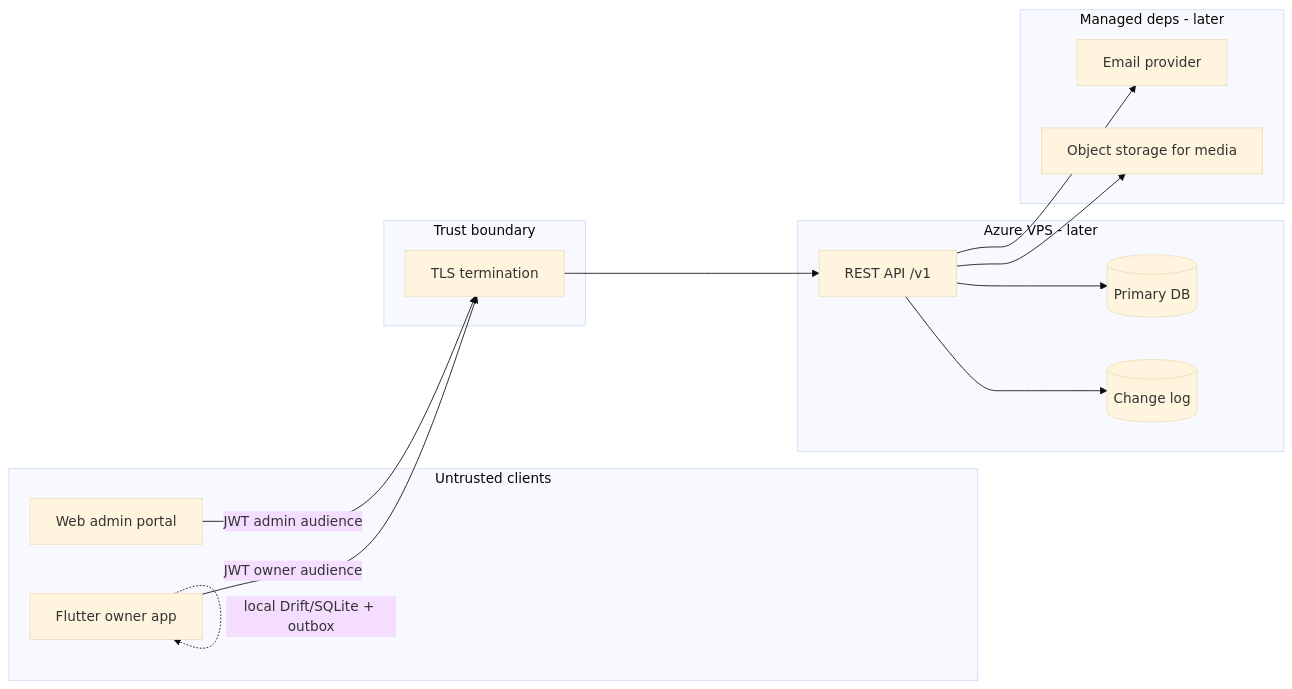
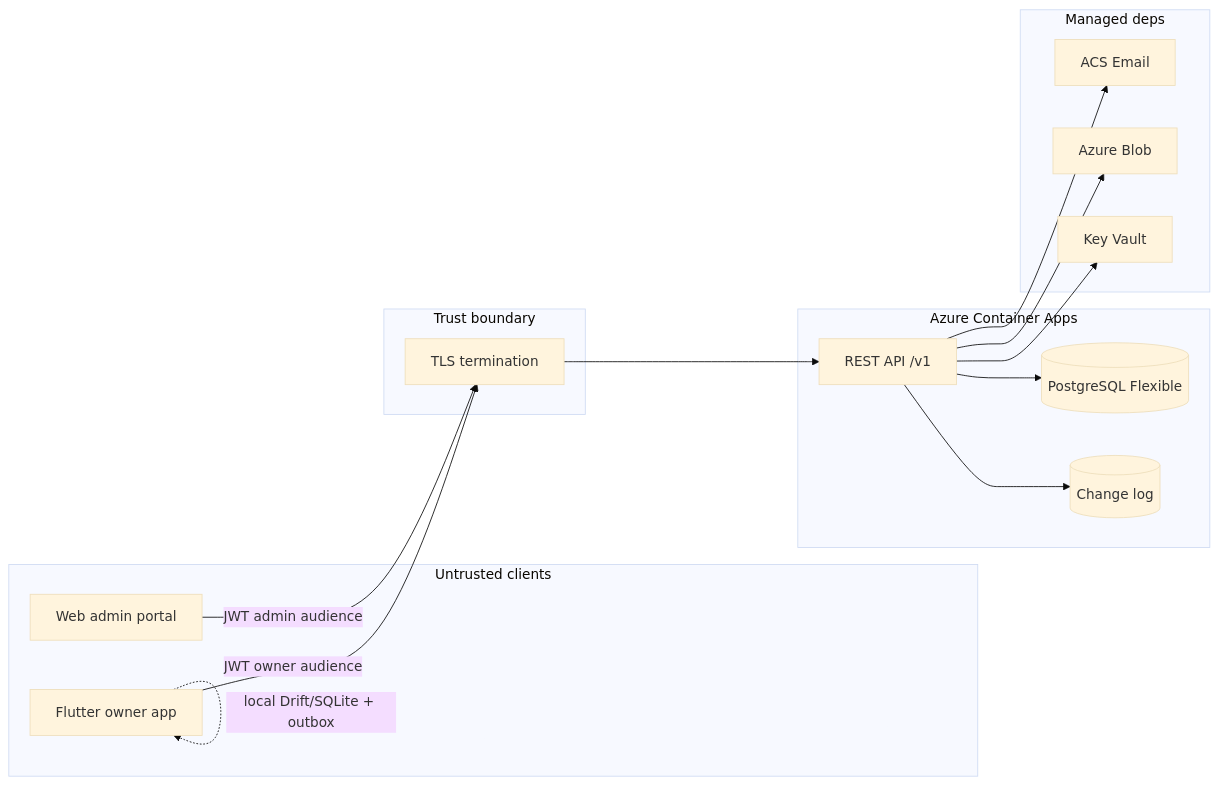
Before and after one commit to aungkyawphyoe/dco-platform: the diagram in architecture/system.md, drawn with Mermaid (base theme). The commit also changed other lines of this file and 56 other files, not shown here.

````diff
--- a/architecture/system.md
+++ b/architecture/system.md
@@ -21,31 +21,33 @@
 ```mermaid
 flowchart LR
   subgraph client [Untrusted clients]
     Mobile[Flutter owner app]
     Admin[Web admin portal]
   end
 
   subgraph edge [Trust boundary]
     TLS[TLS termination]
   end
 
-  subgraph vps [Azure VPS - later]
+  subgraph azure [Azure Container Apps]
     API["REST API /v1"]
-    DB[(Primary DB)]
+    DB[(PostgreSQL Flexible)]
     OutboxLog[(Change log)]
   end
 
-  subgraph deps [Managed deps - later]
-    Mail[Email provider]
-    Blob[Object storage for media]
+  subgraph deps [Managed deps]
+    Mail[ACS Email]
+    Blob[Azure Blob]
+    KV[Key Vault]
   end
 
   Mobile -->|JWT owner audience| TLS
   Admin -->|JWT admin audience| TLS
   TLS --> API
   API --> DB
   API --> OutboxLog
   API --> Mail
   API --> Blob
+  API --> KV
   Mobile -.->|local Drift/SQLite + outbox| Mobile
 ```
````
